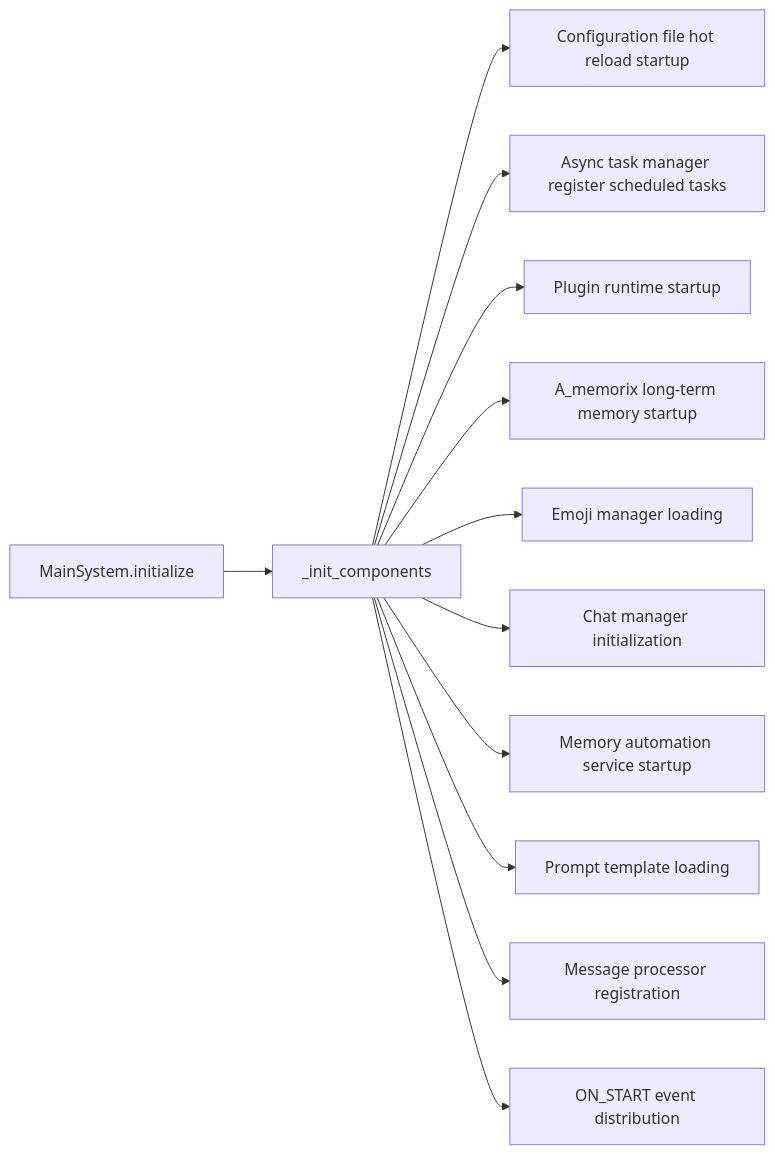
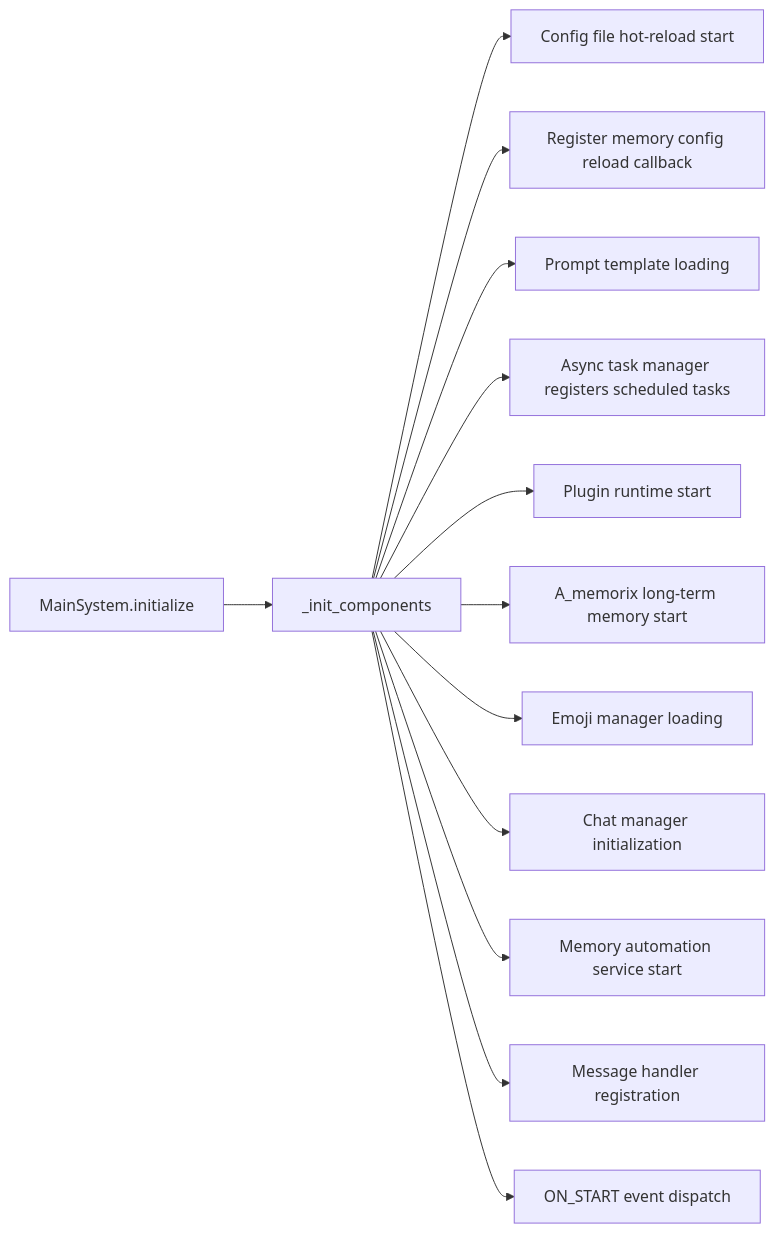
One commit to DrSmoothl/docs changed the second of 2 diagrams in en/develop/architecture.md. Above: the diagram before and after it, drawn with Mermaid. The commit also changed other lines of this file and 74 other files, not shown here.

````diff
--- a/en/develop/architecture.md
+++ b/en/develop/architecture.md
@@ -32,14 +42,15 @@
 ```mermaid
 graph LR
     A[MainSystem.initialize] --> B[_init_components]
-    B --> C[Configuration file hot reload startup]
-    B --> D[Async task manager register scheduled tasks]
-    B --> E[Plugin runtime startup]
-    B --> F[A_memorix long-term memory startup]
-    B --> G[Emoji manager loading]
-    B --> H[Chat manager initialization]
-    B --> I[Memory automation service startup]
-    B --> J[Prompt template loading]
-    B --> K[Message processor registration]
-    B --> L[ON_START event distribution]
+    B --> C[Config file hot-reload start]
+    B --> D[Register memory config reload callback]
+    B --> E[Prompt template loading]
+    B --> F[Async task manager registers scheduled tasks]
+    B --> G[Plugin runtime start]
+    B --> H[A_memorix long-term memory start]
+    B --> I[Emoji manager loading]
+    B --> J[Chat manager initialization]
+    B --> K[Memory automation service start]
+    B --> L[Message handler registration]
+    B --> M[ON_START event dispatch]
 ```
````
